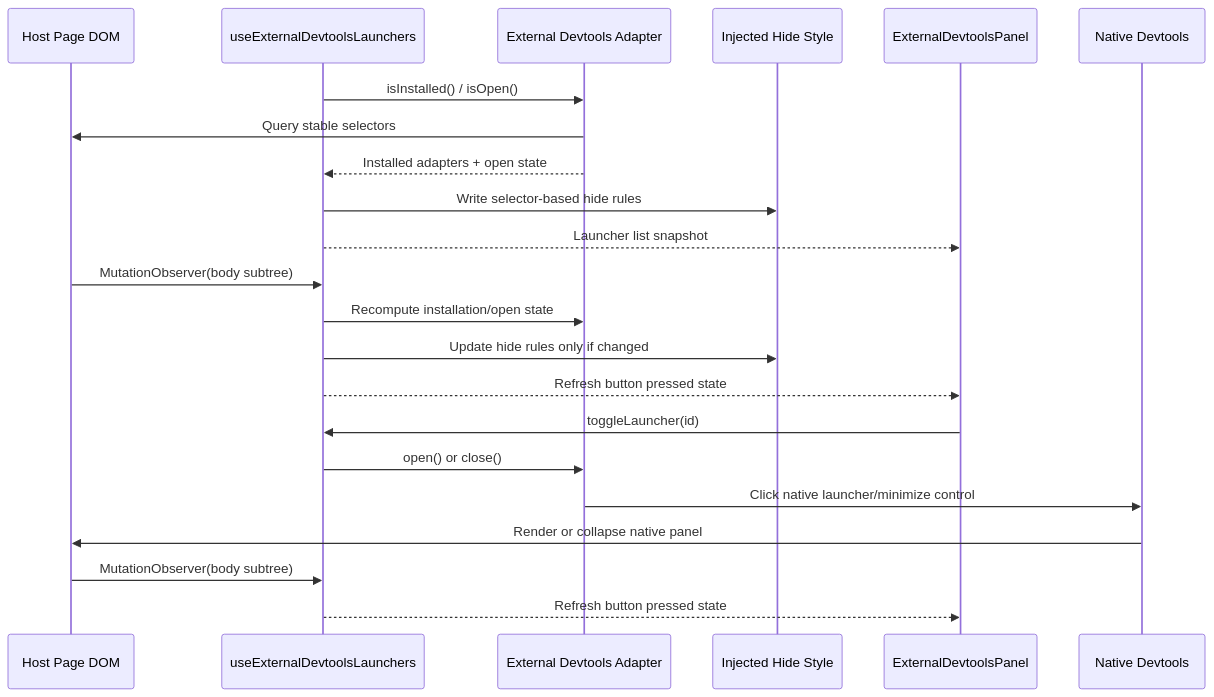
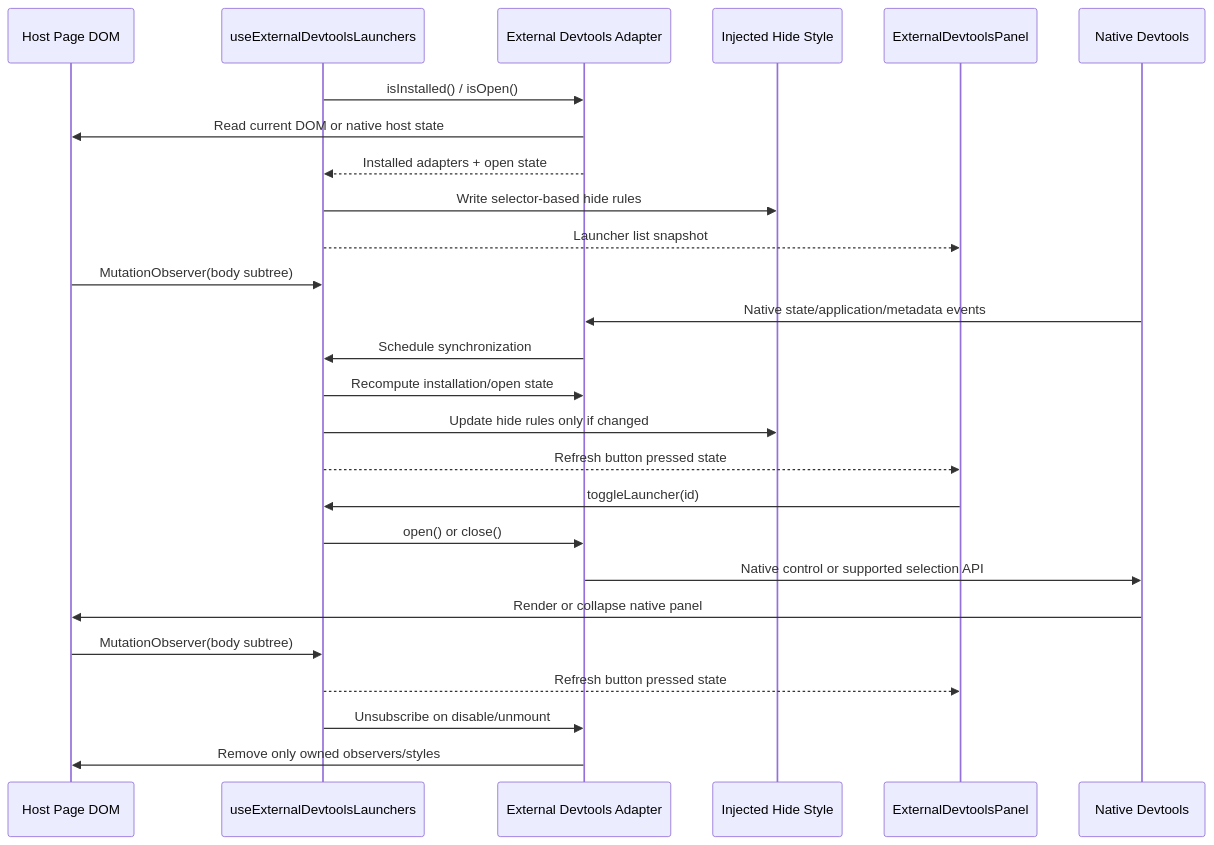
One commit to alexgorbatchev/devhost changed the diagram in packages/docs/src/content/docs/architecture/external-devtools.md. Above: the diagram before and after it, drawn with Mermaid. The commit also changed other lines of this file and 27 other files, not shown here.

````diff
--- a/packages/docs/src/content/docs/architecture/external-devtools.md
+++ b/packages/docs/src/content/docs/architecture/external-devtools.md
@@ -9,27 +9,31 @@
 ```mermaid
 sequenceDiagram
     participant Host as Host Page DOM
     participant Hook as useExternalDevtoolsLaunchers
     participant Adapter as External Devtools Adapter
     participant Style as Injected Hide Style
     participant UI as ExternalDevtoolsPanel
     participant Tool as Native Devtools
 
     Hook->>Adapter: isInstalled() / isOpen()
-    Adapter->>Host: Query stable selectors
+    Adapter->>Host: Read current DOM or native host state
     Adapter-->>Hook: Installed adapters + open state
     Hook->>Style: Write selector-based hide rules
     Hook-->>UI: Launcher list snapshot
 
     Host->>Hook: MutationObserver(body subtree)
+    Tool->>Adapter: Native state/application/metadata events
+    Adapter->>Hook: Schedule synchronization
     Hook->>Adapter: Recompute installation/open state
     Hook->>Style: Update hide rules only if changed
     Hook-->>UI: Refresh button pressed state
 
     UI->>Hook: toggleLauncher(id)
     Hook->>Adapter: open() or close()
-    Adapter->>Tool: Click native launcher/minimize control
+    Adapter->>Tool: Native control or supported selection API
     Tool->>Host: Render or collapse native panel
     Host->>Hook: MutationObserver(body subtree)
     Hook-->>UI: Refresh button pressed state
+    Hook->>Adapter: Unsubscribe on disable/unmount
+    Adapter->>Host: Remove only owned observers/styles
 ```
````
